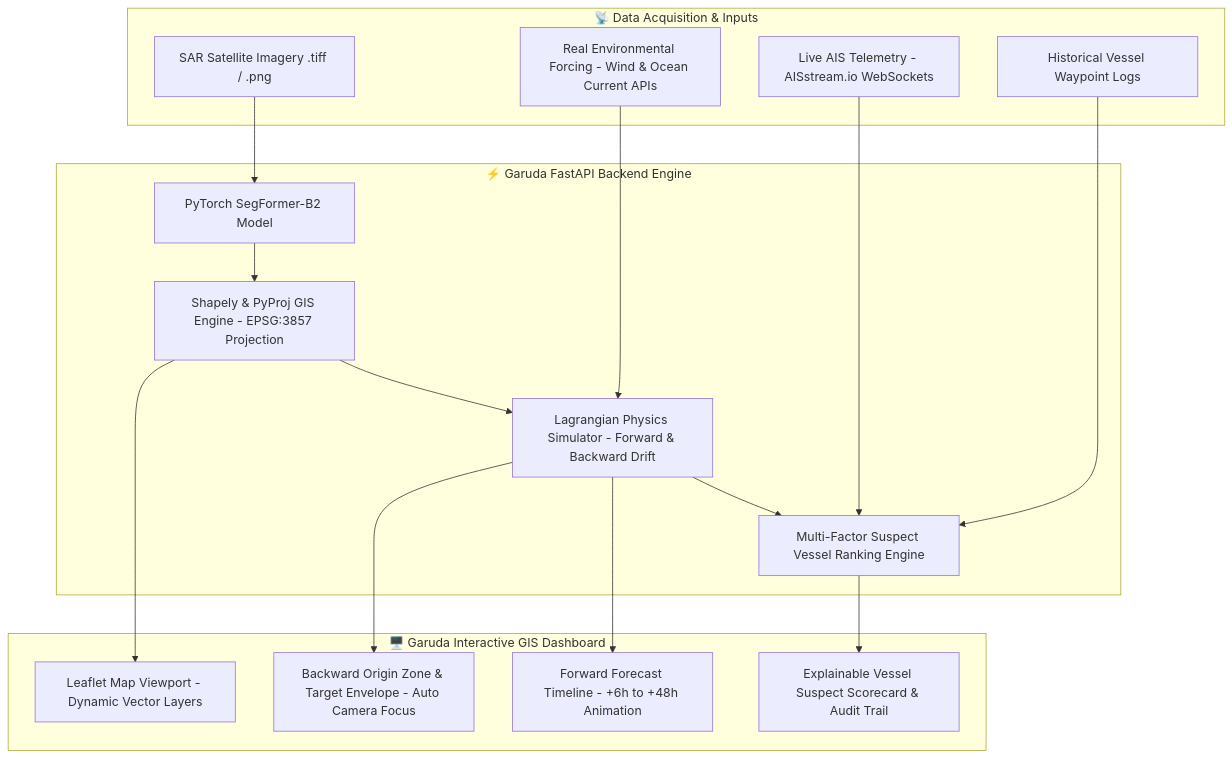
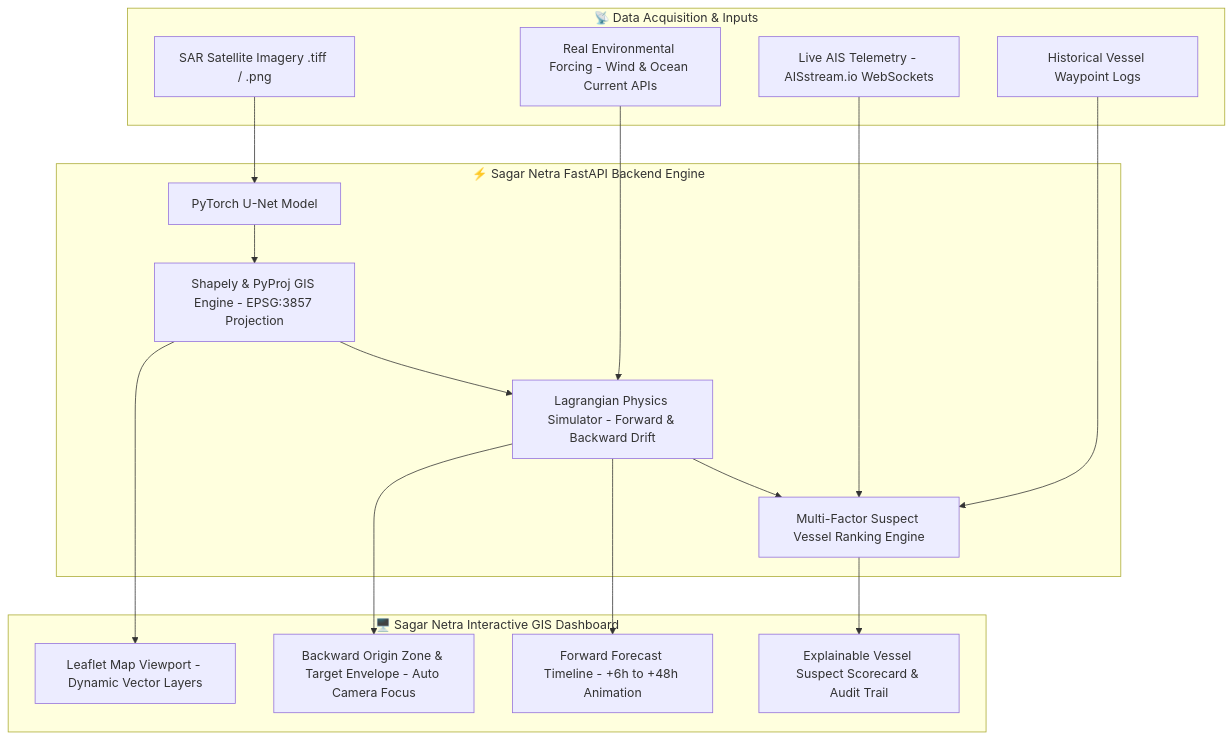
The first of 4 diagrams in README.md (basic30/sagar-netra), drawn with Mermaid before and after one commit. The commit also changed other lines of this file and 4 other files, not shown here.

````diff
--- a/README.md
+++ b/README.md
@@ -46,39 +46,39 @@
 ```mermaid
 graph TD
     %% Input Sources
     subgraph Inputs ["📡 Data Acquisition & Inputs"]
         A[SAR Satellite Imagery .tiff / .png]
         B[Real Environmental Forcing - Wind & Ocean Current APIs]
         C[Live AIS Telemetry - AISstream.io WebSockets]
         D[Historical Vessel Waypoint Logs]
     end
 
     %% Processing Core
-    subgraph Backend ["⚡ Garuda FastAPI Backend Engine"]
-        E[PyTorch SegFormer-B2 Model]
+    subgraph Backend ["⚡ Sagar Netra FastAPI Backend Engine"]
+        E[PyTorch U-Net Model]
         F[Shapely & PyProj GIS Engine - EPSG:3857 Projection]
         G[Lagrangian Physics Simulator - Forward & Backward Drift]
         H[Multi-Factor Suspect Vessel Ranking Engine]
     end
 
     %% Outputs & UI
-    subgraph Frontend ["🖥️ Garuda Interactive GIS Dashboard"]
+    subgraph Frontend ["🖥️ Sagar Netra Interactive GIS Dashboard"]
         I[Leaflet Map Viewport - Dynamic Vector Layers]
         J[Backward Origin Zone & Target Envelope - Auto Camera Focus]
         K[Forward Forecast Timeline - +6h to +48h Animation]
         L[Explainable Vessel Suspect Scorecard & Audit Trail]
     end
 
     %% Pipeline Connections
     A --> E
     E --> F
     F --> G
     B --> G
     G --> H
     C --> H
     D --> H
     F --> I
     G --> K
     G --> J
     H --> L
 ```
````
